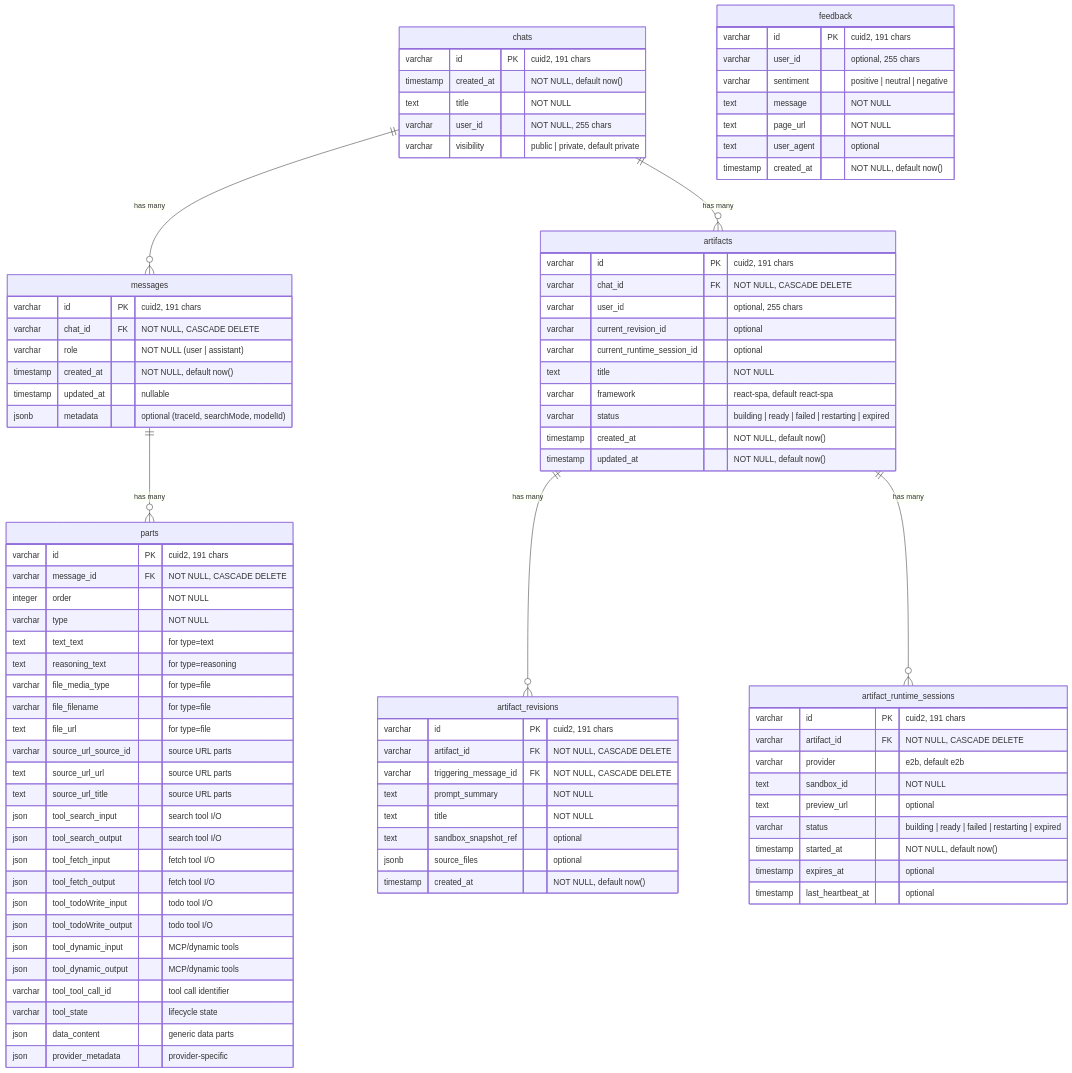
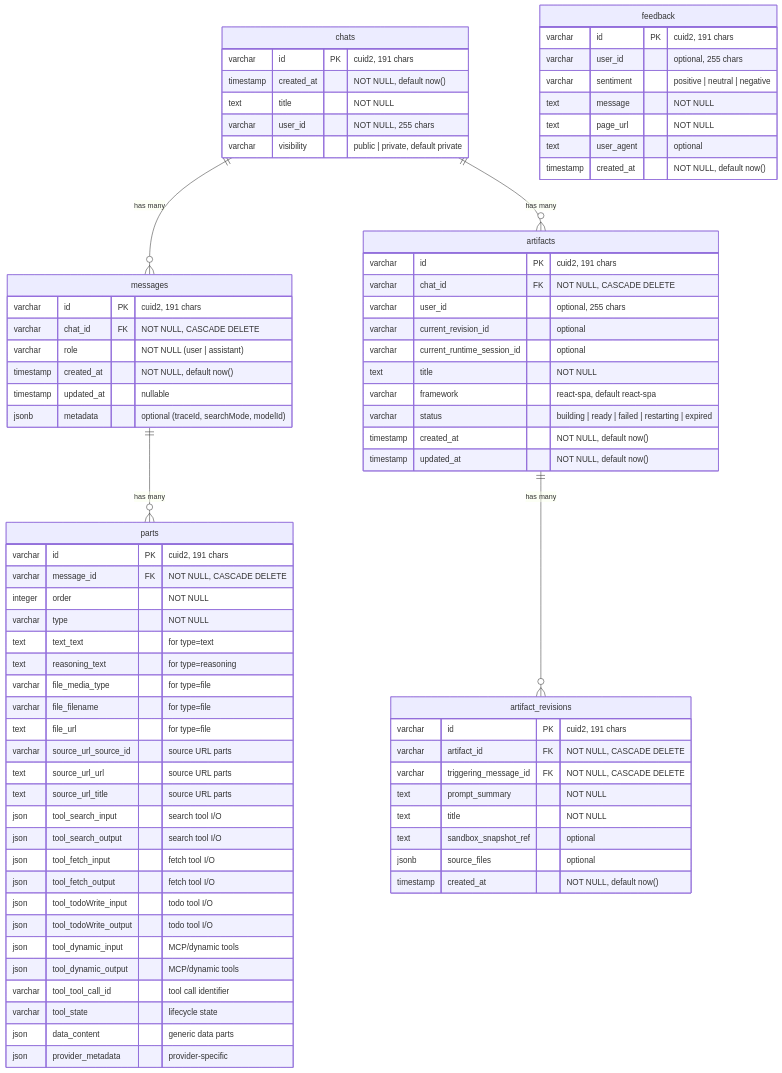
Before and after one commit to NickB03/polymorph: the fifth of 10 diagrams in docs/architecture/OVERVIEW.md, drawn with Mermaid. The commit also changed other lines of this file and 20 other files, not shown here.

````diff
--- a/docs/architecture/OVERVIEW.md
+++ b/docs/architecture/OVERVIEW.md
@@ -373,18 +373,6 @@
         timestamp created_at "NOT NULL, default now()"
     }
 
-    artifact_runtime_sessions {
-        varchar id PK "cuid2, 191 chars"
-        varchar artifact_id FK "NOT NULL, CASCADE DELETE"
-        varchar provider "e2b, default e2b"
-        text sandbox_id "NOT NULL"
-        text preview_url "optional"
-        varchar status "building | ready | failed | restarting | expired"
-        timestamp started_at "NOT NULL, default now()"
-        timestamp expires_at "optional"
-        timestamp last_heartbeat_at "optional"
-    }
-
     feedback {
         varchar id PK "cuid2, 191 chars"
         varchar user_id "optional, 255 chars"
@@ -399,5 +387,4 @@
     messages ||--o{ parts : "has many"
     chats ||--o{ artifacts : "has many"
     artifacts ||--o{ artifact_revisions : "has many"
-    artifacts ||--o{ artifact_runtime_sessions : "has many"
 ```
````
